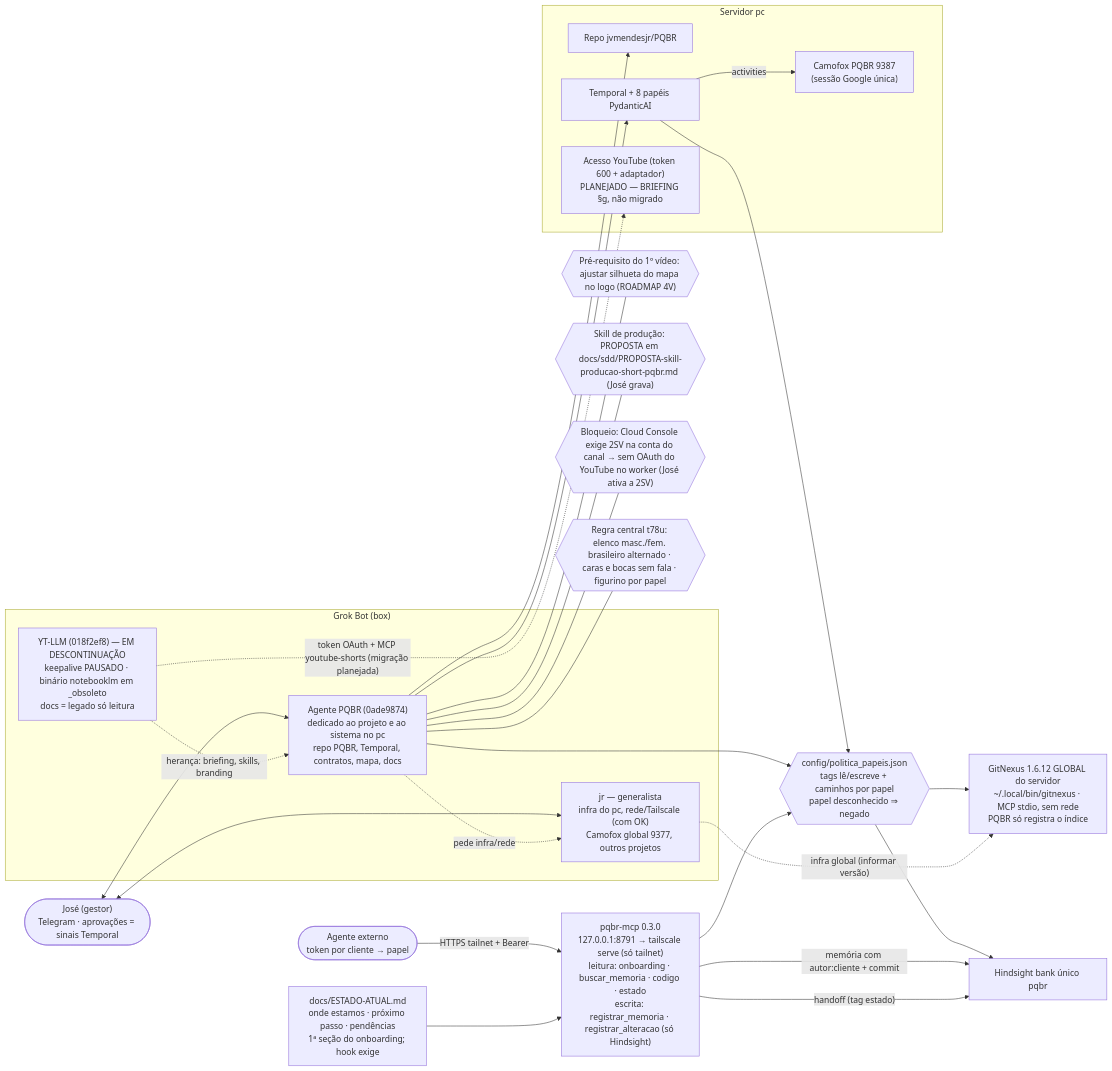
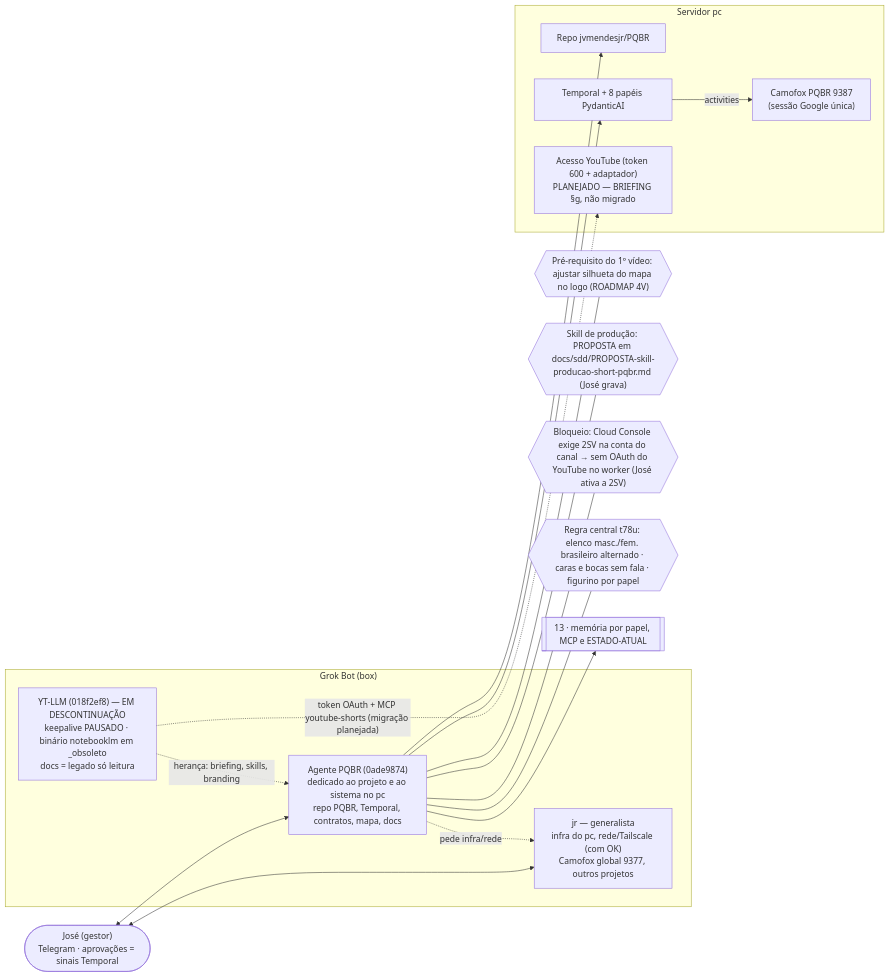
Before and after one commit to jvmendesjr/PQBR: the diagram in docs/mapa/09-agentes-responsabilidades.mmd, drawn with Mermaid. The commit also changed 7 other files, not shown here.

Commit message:
t101u: mapa 13 (memória por papel, GitNexus, MCP, ESTADO-ATUAL/handoff); 09/00 apontam; ARQUITETURA §12

```diff
--- a/docs/mapa/09-agentes-responsabilidades.mmd
+++ b/docs/mapa/09-agentes-responsabilidades.mmd
@@ -1,47 +1,31 @@
 %% Agentes e responsabilidades (t533–t535, José 24/10/2026). Decisão registrada; não é gerado do código.
 flowchart LR
   J(["José (gestor)<br/>Telegram · aprovações = sinais Temporal"])
   subgraph BOX["Grok Bot (box)"]
     JR["jr — generalista<br/>infra do pc, rede/Tailscale (com OK)<br/>Camofox global 9377, outros projetos"]
     AG["Agente PQBR (0ade9874)<br/>dedicado ao projeto e ao sistema no pc<br/>repo PQBR, Temporal, contratos, mapa, docs"]
     YT["YT-LLM (018f2ef8) — EM DESCONTINUAÇÃO<br/>keepalive PAUSADO · binário notebooklm em _obsoleto<br/>docs = legado só leitura"]
   end
   subgraph PC["Servidor pc"]
     REPO["Repo jvmendesjr/PQBR"]
     TMP["Temporal + 8 papéis PydanticAI"]
     CF["Camofox PQBR 9387<br/>(sessão Google única)"]
     YTA["Acesso YouTube (token 600 + adaptador)<br/>PLANEJADO — BRIEFING §g, não migrado"]
   end
   J <--> AG
   J <--> JR
   AG --> REPO & TMP
   TMP -->|activities| CF
   AG -. "pede infra/rede" .-> JR
   YT -. "herança: briefing, skills, branding" .-> AG
   YT -. "token OAuth + MCP youtube-shorts (migração planejada)" .-> YTA
   P1{{"Pré-requisito do 1º vídeo: ajustar silhueta do mapa no logo (ROADMAP 4V)"}}
   P2{{"Skill de produção: PROPOSTA em docs/sdd/PROPOSTA-skill-producao-short-pqbr.md (José grava)"}}
   AG --- P1 & P2
   %% t73u–t78u (26/10/2026)
   P3{{"Bloqueio: Cloud Console exige 2SV na conta do canal → sem OAuth do YouTube no worker (José ativa a 2SV)"}}
   P4{{"Regra central t78u: elenco masc./fem. brasileiro alternado · caras e bocas sem fala · figurino por papel"}}
   AG --- P3 & P4
-  %% t84u–t86u (26/10/2026)
-  GNX["GitNexus 1.6.12 GLOBAL do servidor<br/>~/.local/bin/gitnexus · MCP stdio, sem rede<br/>PQBR só registra o índice"]
-  HS["Hindsight bank único pqbr"]
-  POL{{"config/politica_papeis.json<br/>tags lê/escreve + caminhos por papel<br/>papel desconhecido ⇒ negado"}}
-  TMP --> POL
-  AG --> POL
-  POL --> HS & GNX
-  JR -. "infra global (informar versão)" .-> GNX
-  %% t89u (26/10/2026)
-  MCP["pqbr-mcp 0.3.0<br/>127.0.0.1:8791 → tailscale serve (só tailnet)<br/>leitura: onboarding · buscar_memoria · codigo · estado<br/>escrita: registrar_memoria · registrar_alteracao (só Hindsight)"]
-  EXT(["Agente externo<br/>token por cliente → papel"])
-  EXT -->|"HTTPS tailnet + Bearer"| MCP
-  MCP --> POL
-  %% t95u–t96u (26/10/2026)
-  MCP -->|"memória com autor:cliente + commit"| HS
-  %% t98u–t99u (26/10/2026)
-  EST["docs/ESTADO-ATUAL.md<br/>onde estamos · próximo passo · pendências<br/>1ª seção do onboarding; hook exige"]
-  EST --> MCP
-  MCP -->|"handoff (tag estado)"| HS
+  %% t84u–t101u (26/10/2026): memória, GitNexus, MCP e handoff detalhados no diagrama 13 (sem repetir aqui)
+  MEM13[["13 · memória por papel, MCP e ESTADO-ATUAL"]]
+  AG --> MEM13
```
